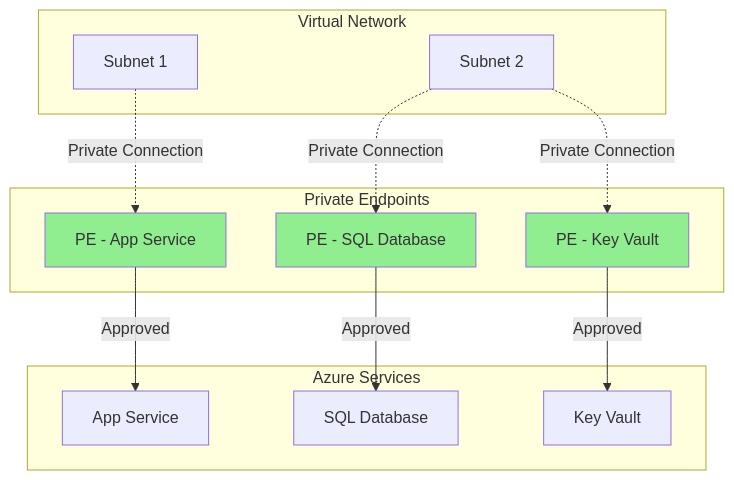
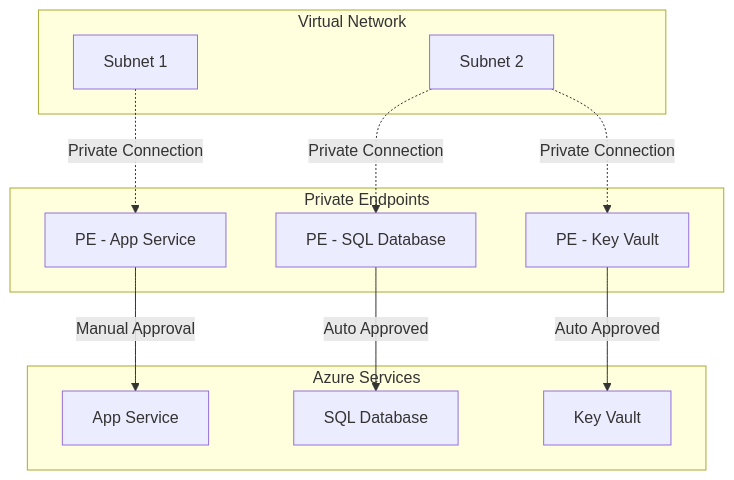
The fourth of 11 diagrams in transcribe/Deployment-Azure-Prod.md (NguyenPhamCode4You/ai-home-lab-docker-compose), drawn with Mermaid before and after one commit. The commit also changed other lines of this file, not shown here.

````diff
--- a/transcribe/Deployment-Azure-Prod.md
+++ b/transcribe/Deployment-Azure-Prod.md
@@ -515,31 +511,27 @@
 ```mermaid
 graph TB
     subgraph "Virtual Network"
         A[Subnet 1]
         B[Subnet 2]
     end
 
     subgraph "Private Endpoints"
         C[PE - App Service]
         D[PE - SQL Database]
         E[PE - Key Vault]
     end
 
     subgraph "Azure Services"
         F[App Service]
         G[SQL Database]
         H[Key Vault]
     end
 
     A -.->|Private Connection| C
     B -.->|Private Connection| D
     B -.->|Private Connection| E
 
-    C -->|Approved| F
-    D -->|Approved| G
-    E -->|Approved| H
-
-    style C fill:#90EE90
-    style D fill:#90EE90
-    style E fill:#90EE90
+    C -->|Manual Approval| F
+    D -->|Auto Approved| G
+    E -->|Auto Approved| H
 ```
````
